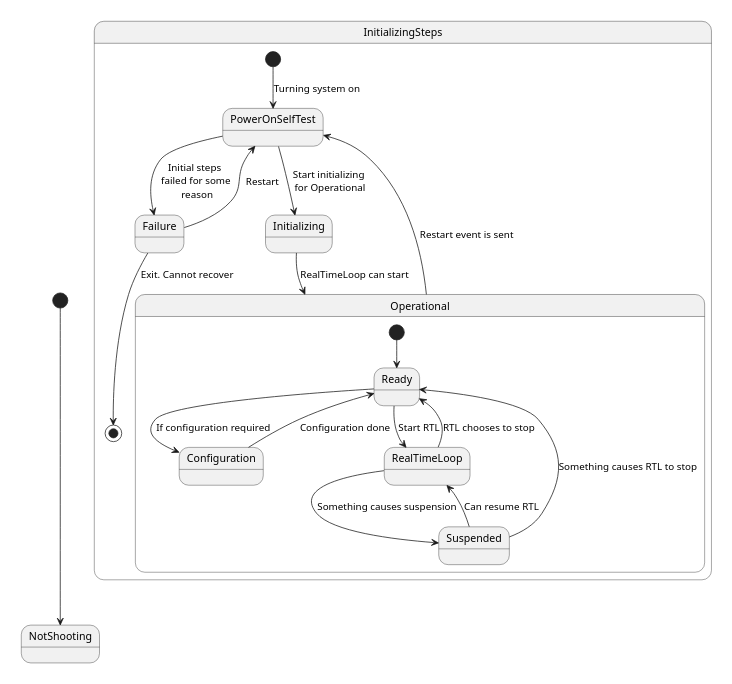
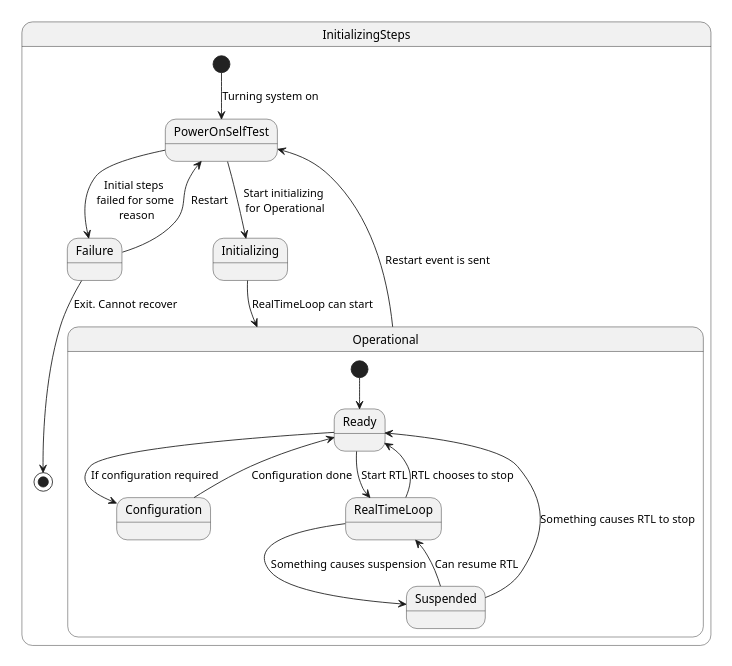
One commit to Marte77/Embedded-Systems-Course changed the diagram in plantuml/state.puml. Above: the diagram before and after it, drawn with PlantUML. The commit also changed 2 other files, not shown here.

```diff
--- a/plantuml/state.puml
+++ b/plantuml/state.puml
@@ -1,27 +1,26 @@
 @startuml
 'https://plantuml.com/state-diagram
 
 scale 350 width
-[*] --> NotShooting
 
 state InitializingSteps {
     [*] --> PowerOnSelfTest : Turning system on
     PowerOnSelfTest --> Failure : Initial steps \nfailed for some\n reason
     Failure --> [*] : Exit. Cannot recover
     Failure --> PowerOnSelfTest : Restart
     PowerOnSelfTest --> Initializing : Start initializing \nfor Operational
     Initializing --> Operational : RealTimeLoop can start
     Operational --> PowerOnSelfTest : Restart event is sent
 }
 
 state Operational {
   [*] --> Ready
   Ready --> Configuration : If configuration required
   Configuration --> Ready : Configuration done
   Ready --> RealTimeLoop : Start RTL
   RealTimeLoop --> Ready : RTL chooses to stop
   RealTimeLoop --> Suspended : Something causes suspension
   Suspended --> RealTimeLoop : Can resume RTL
   Suspended --> Ready : Something causes RTL to stop
 }
 @enduml
```
